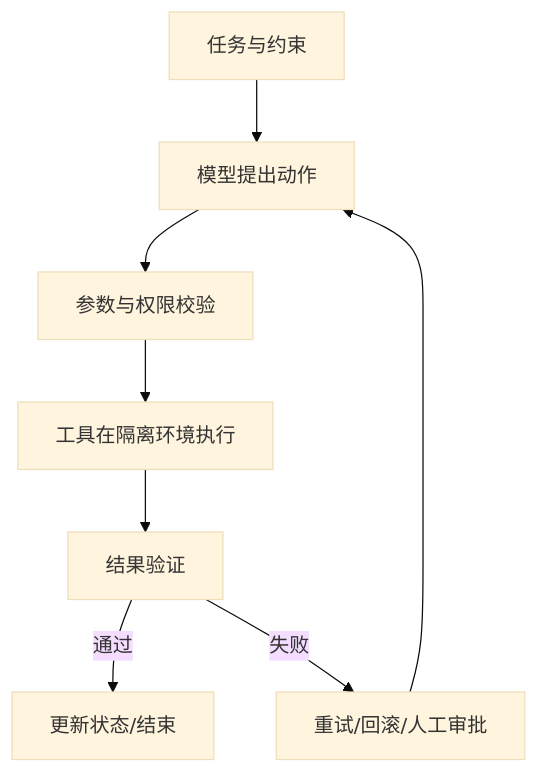
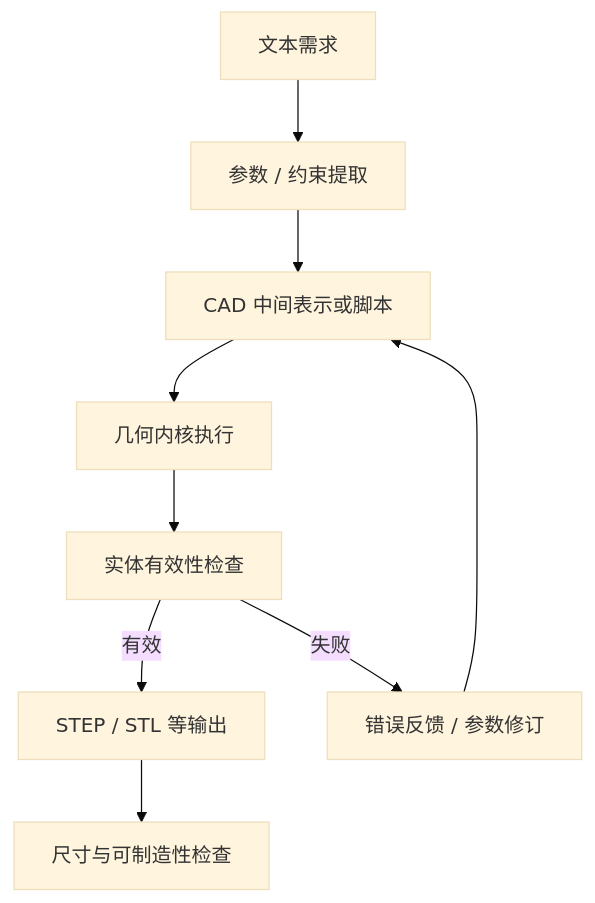
The eighth of 10 diagrams in 2026/2026-10-05_2026-10-11/02_AI_Agent.md (JiangXiangAi/git_weekly_news), drawn with Mermaid (base theme) before and after one commit. The commit also changed other lines of this file, not shown here.

Commit message:
Deepen Agent report with per-project technical diagrams

````diff
--- a/2026/2026-10-05_2026-10-11/02_AI_Agent.md
+++ b/2026/2026-10-05_2026-10-11/02_AI_Agent.md
@@ -44,10 +179,11 @@
 ```mermaid
 flowchart TD
-A[任务与约束] --> B[模型提出动作]
-B --> C[参数与权限校验]
-C --> D[工具在隔离环境执行]
-D --> E[结果验证]
-E -->|通过| F[更新状态/结束]
-E -->|失败| G[重试/回滚/人工审批]
-G --> B
+  A[文本需求] --> B[参数 / 约束提取]
+  B --> C[CAD 中间表示或脚本]
+  C --> D[几何内核执行]
+  D --> E[实体有效性检查]
+  E -->|有效| F[STEP / STL 等输出]
+  E -->|失败| G[错误反馈 / 参数修订]
+  G --> C
+  F --> H[尺寸与可制造性检查]
 ```
````
